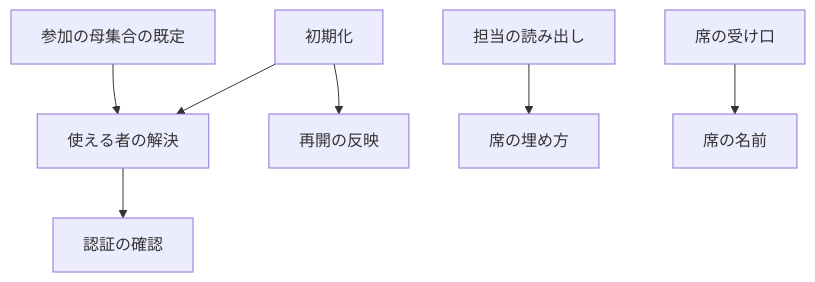
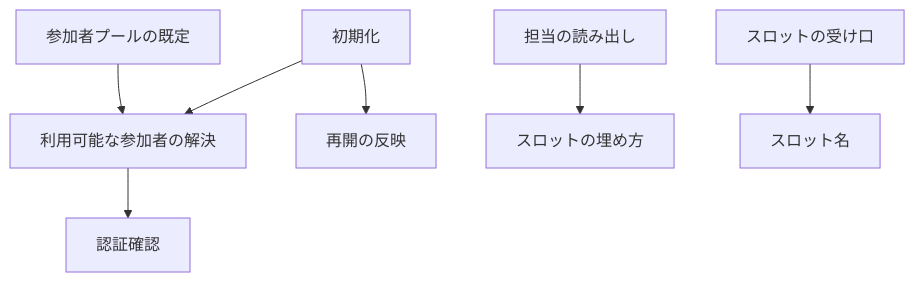
Before and after one commit to devbasex/ai-plugins: the first of 3 diagrams in docs/specifications/cross-review-participants-and-seats.md, drawn with Mermaid. The commit also changed other lines of this file and 1 other file, not shown here.

````diff
--- a/docs/specifications/cross-review-participants-and-seats.md
+++ b/docs/specifications/cross-review-participants-and-seats.md
@@ -149,9 +149,9 @@
 ```mermaid
 graph TD
-    PL[参加の母集合の既定] --> RP[使える者の解決]
-    RP --> PA[認証の確認]
+    PL[参加者プールの既定] --> RP[利用可能な参加者の解決]
+    RP --> PA[認証確認]
     RI[初期化] --> RP
     RI --> RA[再開の反映]
-    RR[担当の読み出し] --> RS[席の埋め方]
-    RC[席の受け口] --> SR[席の名前]
+    RR[担当の読み出し] --> RS[スロットの埋め方]
+    RC[スロットの受け口] --> SR[スロット名]
 ```
````
